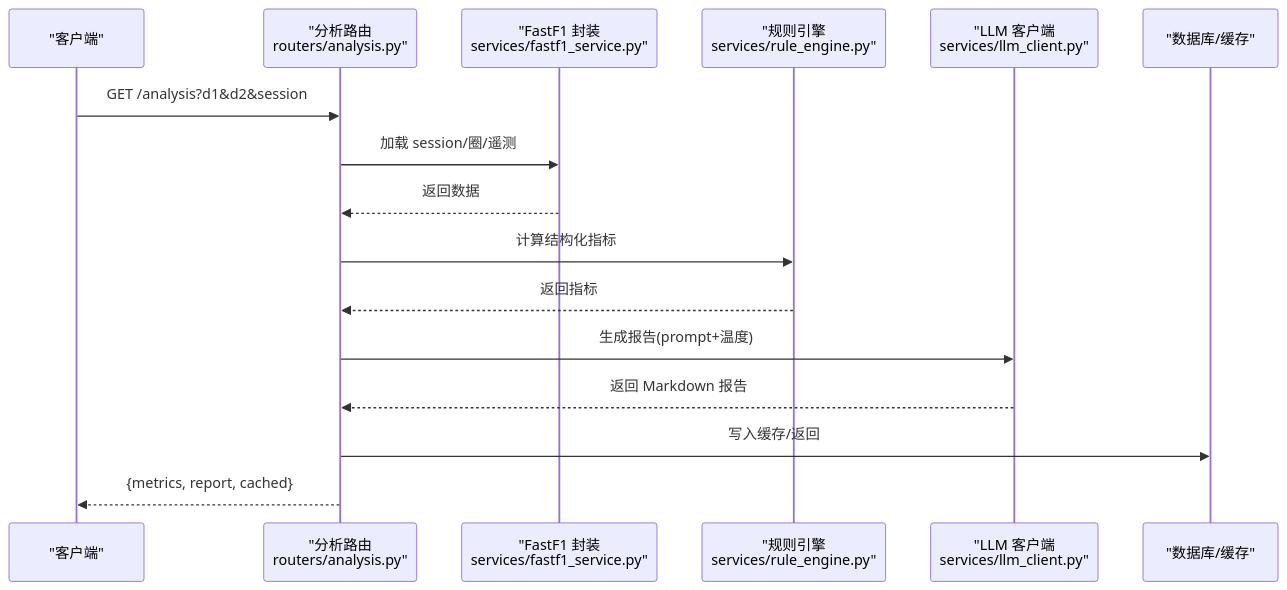
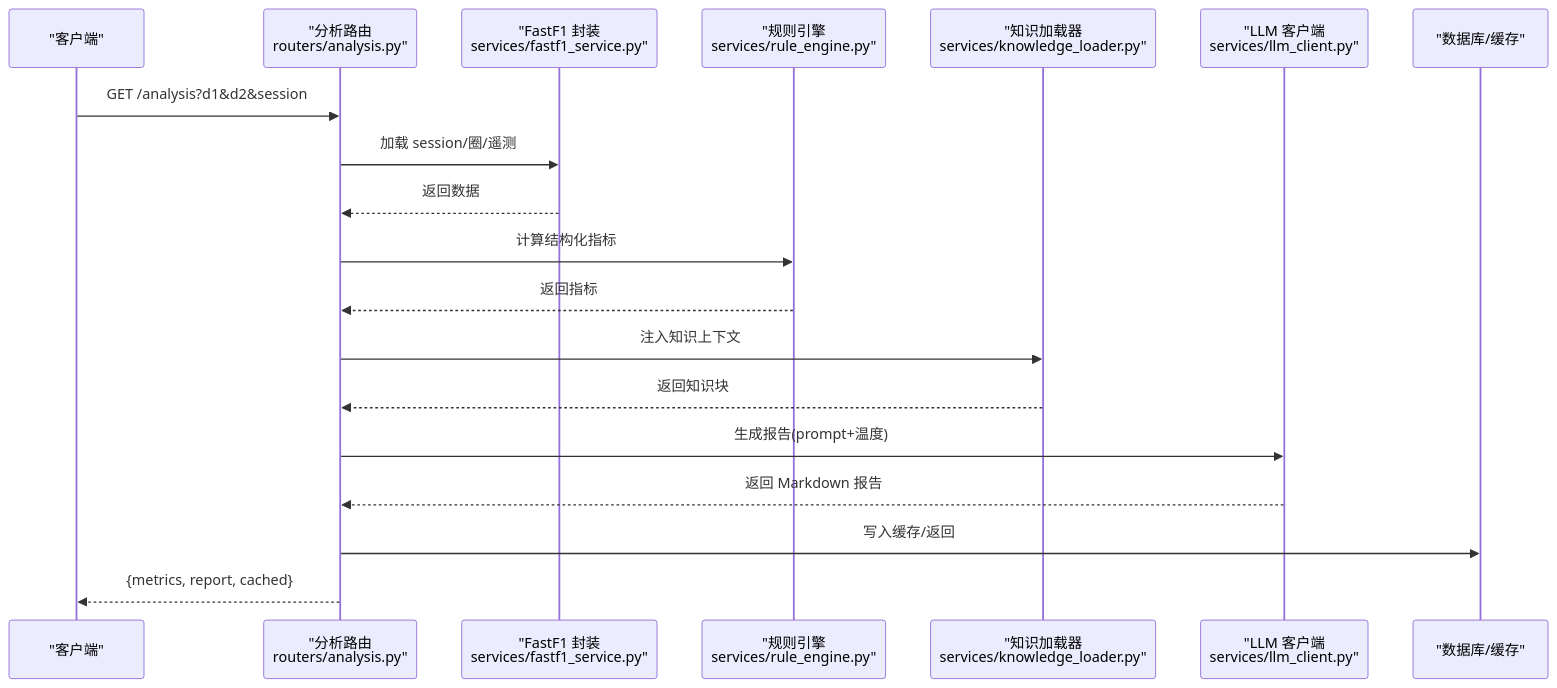
The second of 10 diagrams in .qoder/repowiki/zh/content/数据分析功能/AI 分析报告.md (jianai0330/Fast-F1), drawn with Mermaid before and after one commit. The commit also changed other lines of this file and 22 other files, not shown here.

````diff
--- a/.qoder/repowiki/zh/content/数据分析功能/AI 分析报告.md
+++ b/.qoder/repowiki/zh/content/数据分析功能/AI 分析报告.md
@@ -130,18 +161,21 @@
 ```mermaid
 sequenceDiagram
 participant C as "客户端"
 participant A as "分析路由<br/>routers/analysis.py"
 participant F as "FastF1 封装<br/>services/fastf1_service.py"
 participant R as "规则引擎<br/>services/rule_engine.py"
+participant K as "知识加载器<br/>services/knowledge_loader.py"
 participant L as "LLM 客户端<br/>services/llm_client.py"
 participant D as "数据库/缓存"
 C->>A : GET /analysis?d1&d2&session
 A->>F : 加载 session/圈/遥测
 F-->>A : 返回数据
 A->>R : 计算结构化指标
 R-->>A : 返回指标
+A->>K : 注入知识上下文
+K-->>A : 返回知识块
 A->>L : 生成报告(prompt+温度)
 L-->>A : 返回 Markdown 报告
 A->>D : 写入缓存/返回
 A-->>C : {metrics, report, cached}
 ```
````
